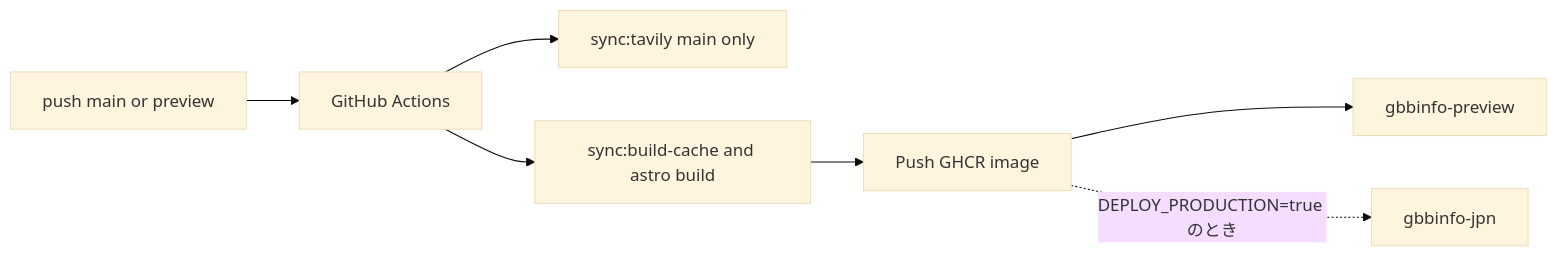
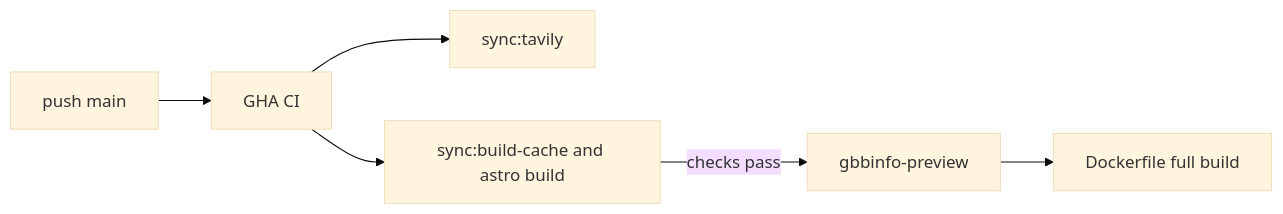
One commit to shumizu418128/gbbinfo4.0 changed the diagram in README.md. Above: the diagram before and after it, drawn with Mermaid (base theme). The commit also changed other lines of this file and 7 other files, not shown here.

````diff
--- a/README.md
+++ b/README.md
@@ -90,9 +90,8 @@
 ```mermaid
 flowchart LR
-  push[push main or preview] --> gha[GitHub Actions]
-  gha --> tavily["sync:tavily main only"]
-  gha --> build[sync:build-cache and astro build]
-  build --> ghcr[Push GHCR image]
-  ghcr --> previewDeploy[gbbinfo-preview]
-  ghcr -.->|"DEPLOY_PRODUCTION=true のとき"| prodDeploy[gbbinfo-jpn]
+  push[push main] --> gha[GHA CI]
+  gha --> tavily[sync:tavily]
+  gha --> verify[sync:build-cache and astro build]
+  verify -->|checks pass| render[gbbinfo-preview]
+  render --> docker[Dockerfile full build]
 ```
````
